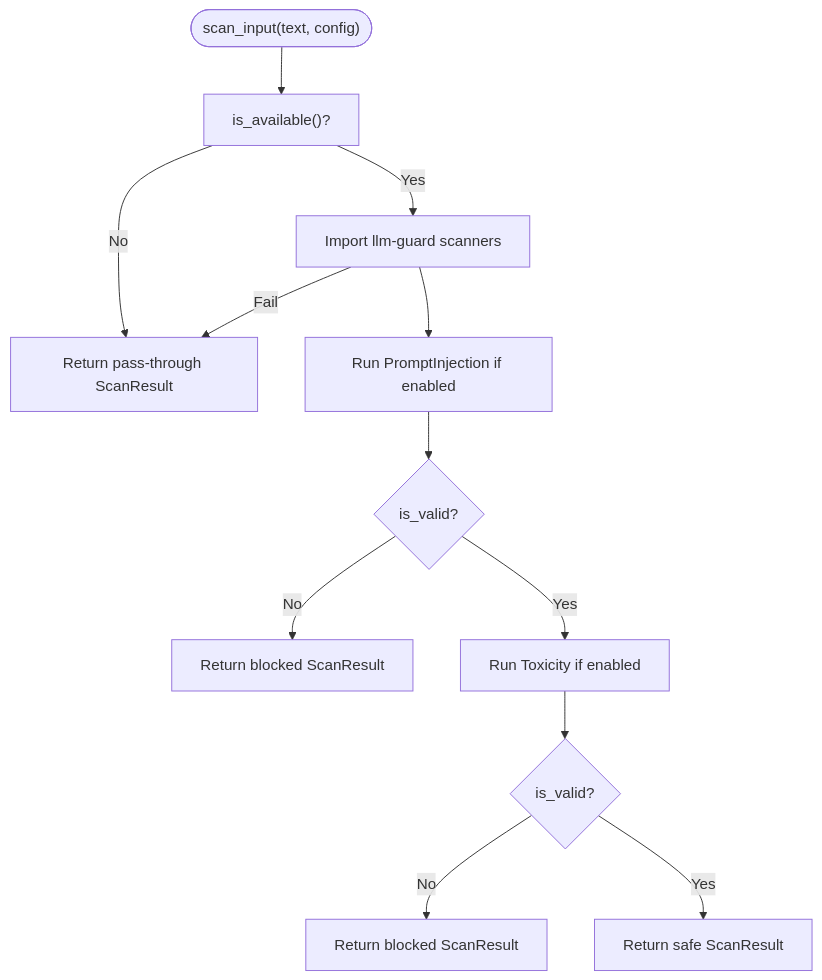
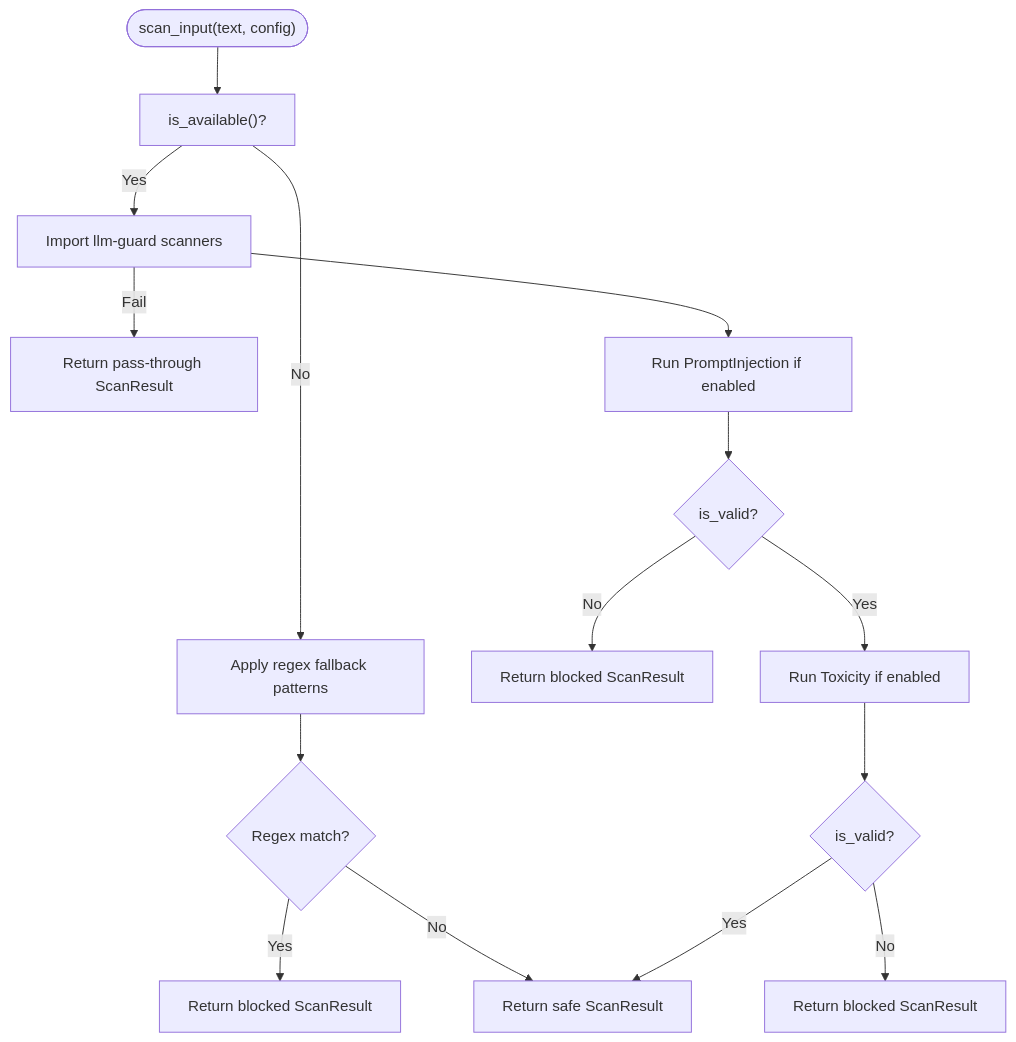
The fourth of 9 diagrams in .qoder/repowiki/en/content/Security & Safety Framework.md (MOK-5-ha/MayaMCP), drawn with Mermaid before and after one commit. The commit also changed other lines of this file and 27 other files, not shown here.

````diff
--- a/.qoder/repowiki/en/content/Security & Safety Framework.md
+++ b/.qoder/repowiki/en/content/Security & Safety Framework.md
@@ -164,14 +214,17 @@
 ```mermaid
 flowchart TD
 Start(["scan_input(text, config)"]) --> CheckAvail["is_available()?"]
-CheckAvail --> |No| PassThrough["Return pass-through ScanResult"]
+CheckAvail --> |No| RegexFallback["Apply regex fallback patterns"]
+RegexFallback --> RegexMatch{"Regex match?"}
+RegexMatch --> |Yes| BlockRegex["Return blocked ScanResult"]
+RegexMatch --> |No| ReturnOK["Return safe ScanResult"]
 CheckAvail --> |Yes| TryImport["Import llm-guard scanners"]
-TryImport --> |Fail| PassThrough
+TryImport --> |Fail| PassThrough["Return pass-through ScanResult"]
 TryImport --> RunPI["Run PromptInjection if enabled"]
 RunPI --> PIValid{"is_valid?"}
 PIValid --> |No| BlockPI["Return blocked ScanResult"]
 PIValid --> |Yes| RunTox["Run Toxicity if enabled"]
 RunTox --> ToxValid{"is_valid?"}
 ToxValid --> |No| BlockTox["Return blocked ScanResult"]
 ToxValid --> |Yes| ReturnOK["Return safe ScanResult"]
 ```
````
